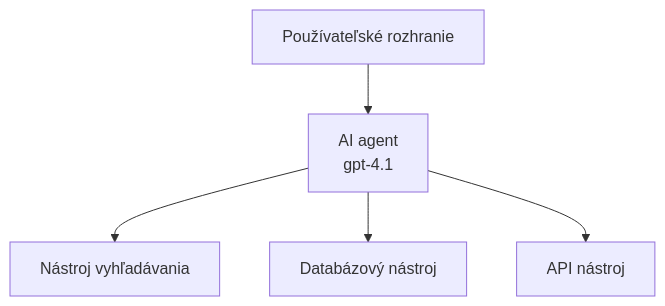
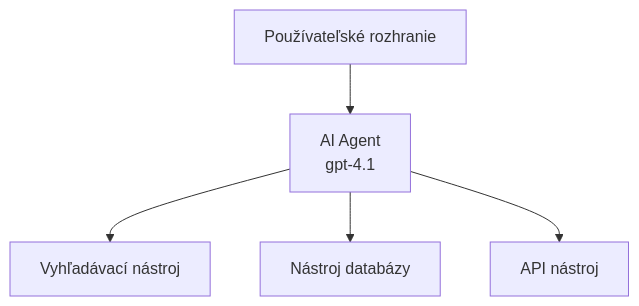
One commit to microsoft/AZD-for-beginners changed the first of 3 diagrams in translations/sk/docs/chapter-02-ai-development/agents.md. Above: the diagram before and after it, drawn with Mermaid. The commit also changed other lines of this file and 59 other files, not shown here.

````diff
--- a/translations/sk/docs/chapter-02-ai-development/agents.md
+++ b/translations/sk/docs/chapter-02-ai-development/agents.md
@@ -162,7 +162,7 @@
 ```mermaid
 graph TD
-    UI[Používateľské rozhranie] --> Agent[AI agent<br/>gpt-4.1]
-    Agent --> Search[Nástroj vyhľadávania]
-    Agent --> Database[Databázový nástroj]
+    UI[Používateľské rozhranie] --> Agent[AI Agent<br/>gpt-4.1]
+    Agent --> Search[Vyhľadávací nástroj]
+    Agent --> Database[Nástroj databázy]
     Agent --> API[API nástroj]
 ```
````
